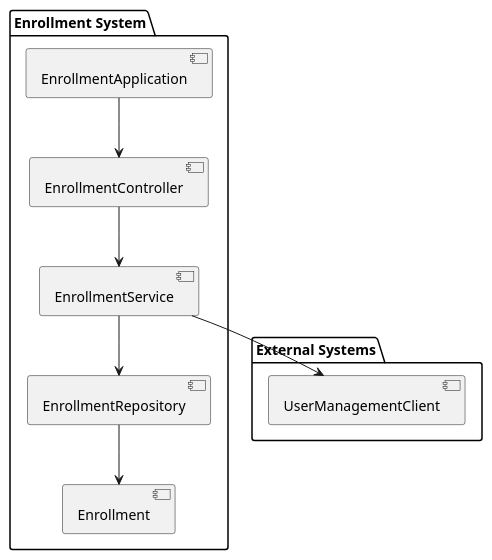
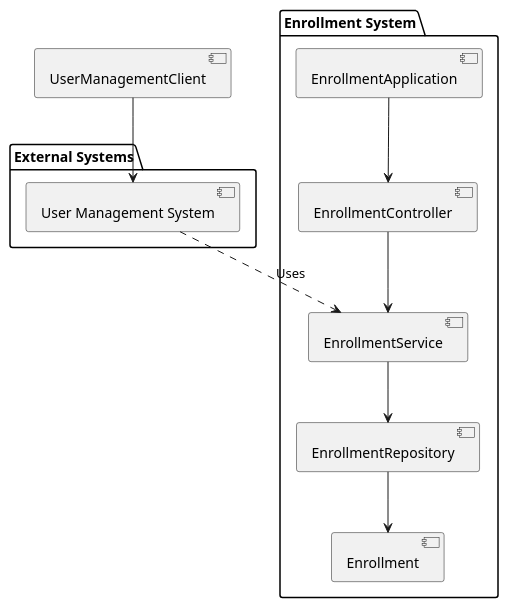
One commit to Dinesh-s95/AutoDoc.ai changed the diagram in enrollment/documentation/architecturedesign.adoc. Above: the diagram before and after it, drawn with PlantUML. The commit also changed other lines of this file and 7 other files, not shown here.

```diff
--- a/enrollment/documentation/architecturedesign.adoc
+++ b/enrollment/documentation/architecturedesign.adoc
@@ -9,24 +7,26 @@
-[plantuml, diagram-arch, png]
-....
+[plantuml, diagram-architecture, png]
+----
 @startuml
 package "Enrollment System" {
   [EnrollmentApplication] as App
   [EnrollmentController] as Controller
   [EnrollmentService] as Service
   [EnrollmentRepository] as Repository
   [Enrollment] as Entity
 
   App --> Controller
   Controller --> Service
   Service --> Repository
   Repository --> Entity
 }
 
 package "External Systems" {
-  [UserManagementClient] as UserClient
+  [User Management System] as UserSys
 }
 
-Service --> UserClient
+[UserManagementClient] --> UserSys
+
+UserSys ..> Service : Uses
 
 @enduml
-....
+----
```
